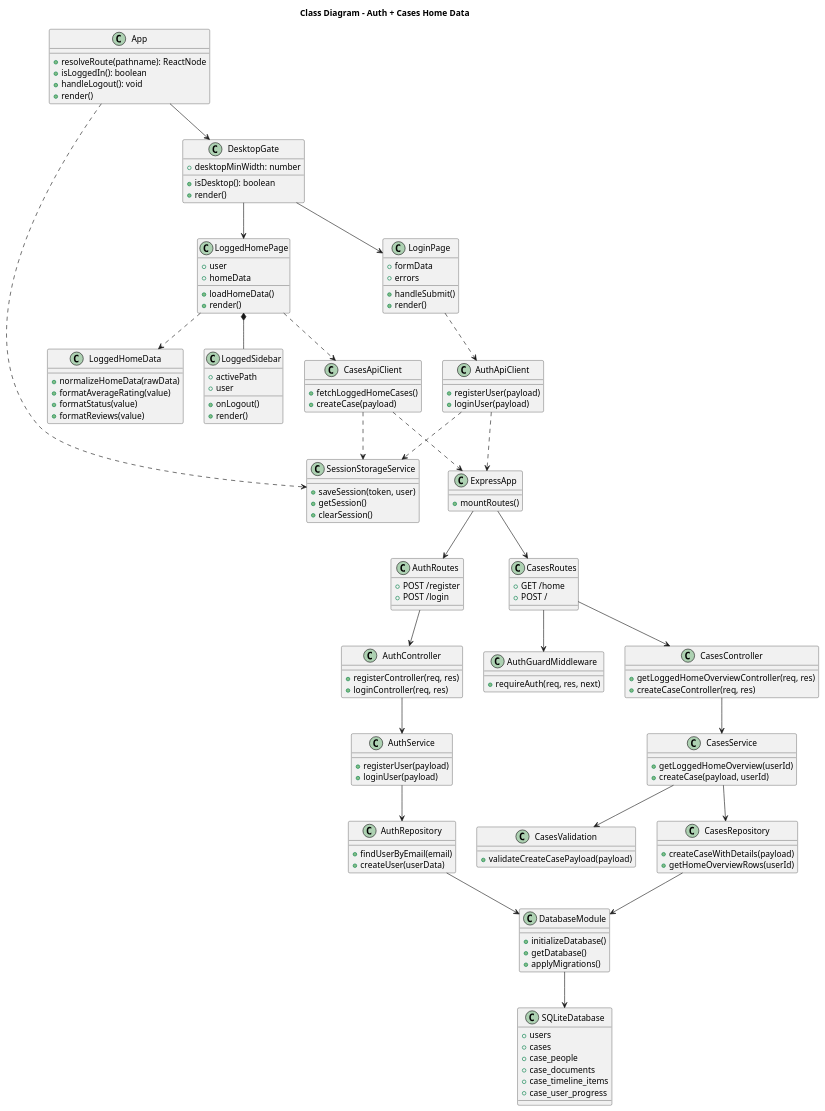
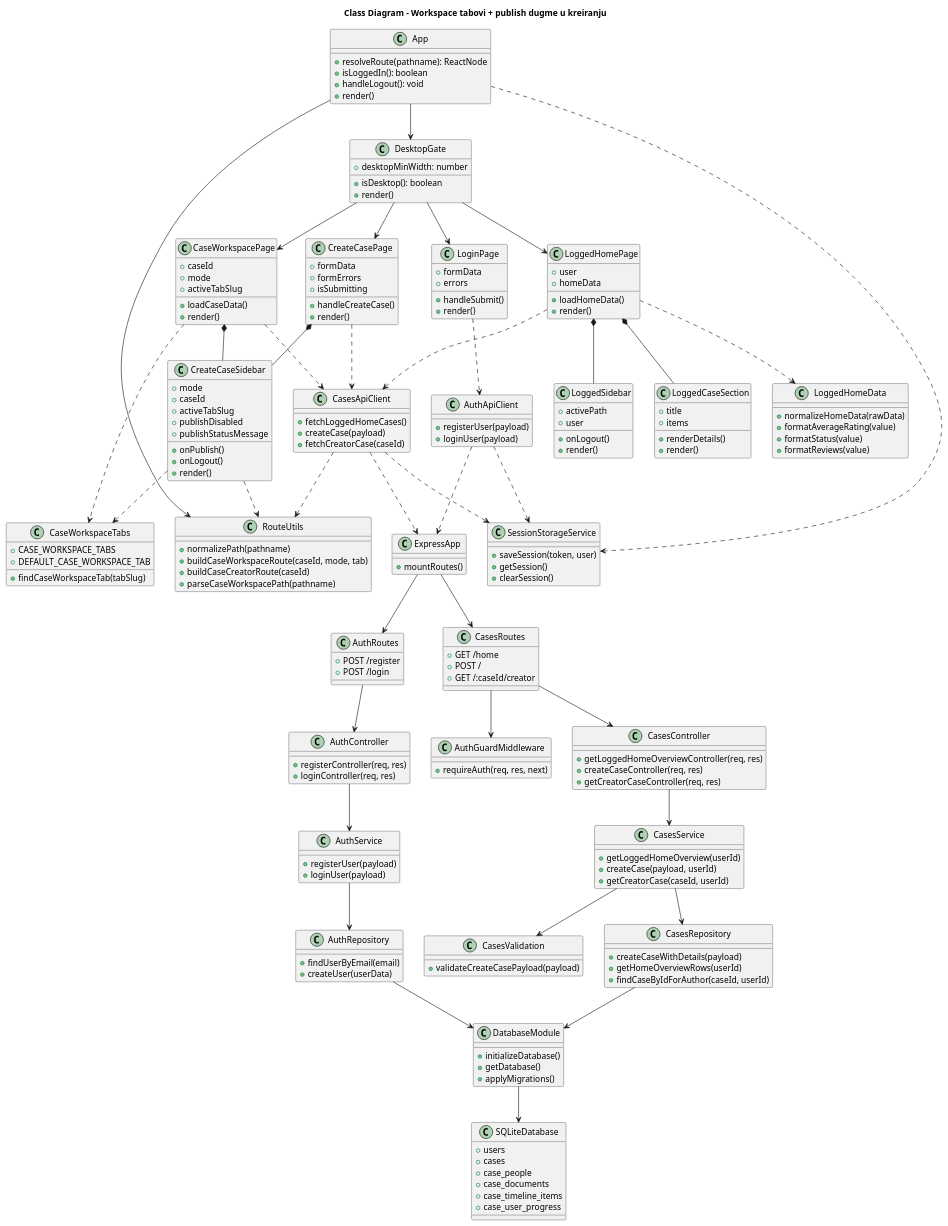
The diagram in Docs/architecture/class_diagram.puml (bagi002/INSPEKTOR), drawn with PlantUML before and after one commit. The commit also changed 24 other files, not shown here.

```diff
--- a/Docs/architecture/class_diagram.puml
+++ b/Docs/architecture/class_diagram.puml
@@ -1,11 +1,18 @@
 @startuml Class Diagram
-title Class Diagram - Auth + Cases Home Data
+title Class Diagram - Workspace tabovi + publish dugme u kreiranju
 
 class App {
   +resolveRoute(pathname): ReactNode
   +isLoggedIn(): boolean
   +handleLogout(): void
   +render()
+}
+
+class RouteUtils {
+  +normalizePath(pathname)
+  +buildCaseWorkspaceRoute(caseId, mode, tab)
+  +buildCaseCreatorRoute(caseId)
+  +parseCaseWorkspacePath(pathname)
 }
 
 class DesktopGate {
@@ -28,6 +35,13 @@
   +render()
 }
 
+class LoggedCaseSection {
+  +title
+  +items
+  +renderDetails()
+  +render()
+}
+
 class LoggedHomeData {
   +normalizeHomeData(rawData)
   +formatAverageRating(value)
@@ -42,6 +56,39 @@
   +render()
 }
 
+class CreateCasePage {
+  +formData
+  +formErrors
+  +isSubmitting
+  +handleCreateCase()
+  +render()
+}
+
+class CaseWorkspacePage {
+  +caseId
+  +mode
+  +activeTabSlug
+  +loadCaseData()
+  +render()
+}
+
+class CreateCaseSidebar {
+  +mode
+  +caseId
+  +activeTabSlug
+  +publishDisabled
+  +publishStatusMessage
+  +onPublish()
+  +onLogout()
+  +render()
+}
+
+class CaseWorkspaceTabs {
+  +CASE_WORKSPACE_TABS
+  +DEFAULT_CASE_WORKSPACE_TAB
+  +findCaseWorkspaceTab(tabSlug)
+}
+
 class AuthApiClient {
   +registerUser(payload)
   +loginUser(payload)
@@ -50,6 +97,7 @@
 class CasesApiClient {
   +fetchLoggedHomeCases()
   +createCase(payload)
+  +fetchCreatorCase(caseId)
 }
 
 class SessionStorageService {
@@ -70,6 +118,7 @@
 class CasesRoutes {
   +GET /home
   +POST /
+  +GET /:caseId/creator
 }
 
 class AuthGuardMiddleware {
@@ -84,6 +133,7 @@
 class CasesController {
   +getLoggedHomeOverviewController(req, res)
   +createCaseController(req, res)
+  +getCreatorCaseController(req, res)
 }
 
 class AuthService {
@@ -94,6 +144,7 @@
 class CasesService {
   +getLoggedHomeOverview(userId)
   +createCase(payload, userId)
+  +getCreatorCase(caseId, userId)
 }
 
 class CasesValidation {
@@ -108,6 +159,7 @@
 class CasesRepository {
   +createCaseWithDetails(payload)
   +getHomeOverviewRows(userId)
+  +findCaseByIdForAuthor(caseId, userId)
 }
 
 class DatabaseModule {
@@ -125,17 +177,29 @@
   +case_user_progress
 }
 
+App --> RouteUtils
 App --> DesktopGate
 DesktopGate --> LoginPage
 DesktopGate --> LoggedHomePage
+DesktopGate --> CreateCasePage
+DesktopGate --> CaseWorkspacePage
 LoggedHomePage *-- LoggedSidebar
+LoggedHomePage *-- LoggedCaseSection
 LoggedHomePage ..> LoggedHomeData
+CreateCasePage *-- CreateCaseSidebar
+CaseWorkspacePage *-- CreateCaseSidebar
+CaseWorkspacePage ..> CaseWorkspaceTabs
 
 App ..> SessionStorageService
 LoginPage ..> AuthApiClient
 LoggedHomePage ..> CasesApiClient
+CreateCasePage ..> CasesApiClient
+CaseWorkspacePage ..> CasesApiClient
 AuthApiClient ..> SessionStorageService
 CasesApiClient ..> SessionStorageService
+CasesApiClient ..> RouteUtils
+CreateCaseSidebar ..> CaseWorkspaceTabs
+CreateCaseSidebar ..> RouteUtils
 
 AuthApiClient ..> ExpressApp
 CasesApiClient ..> ExpressApp
```
